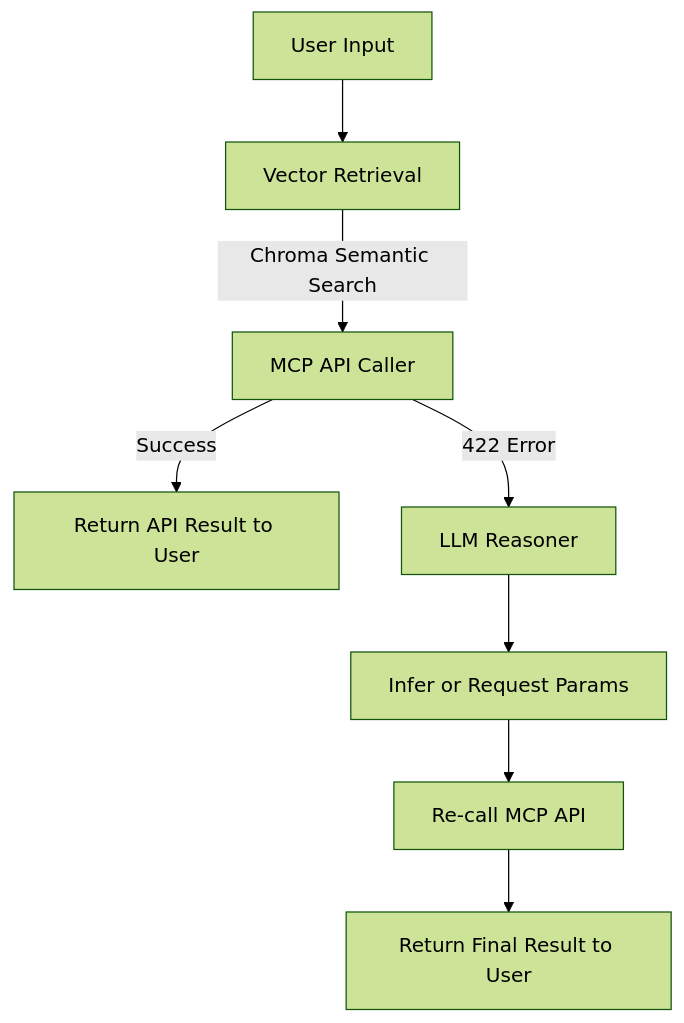
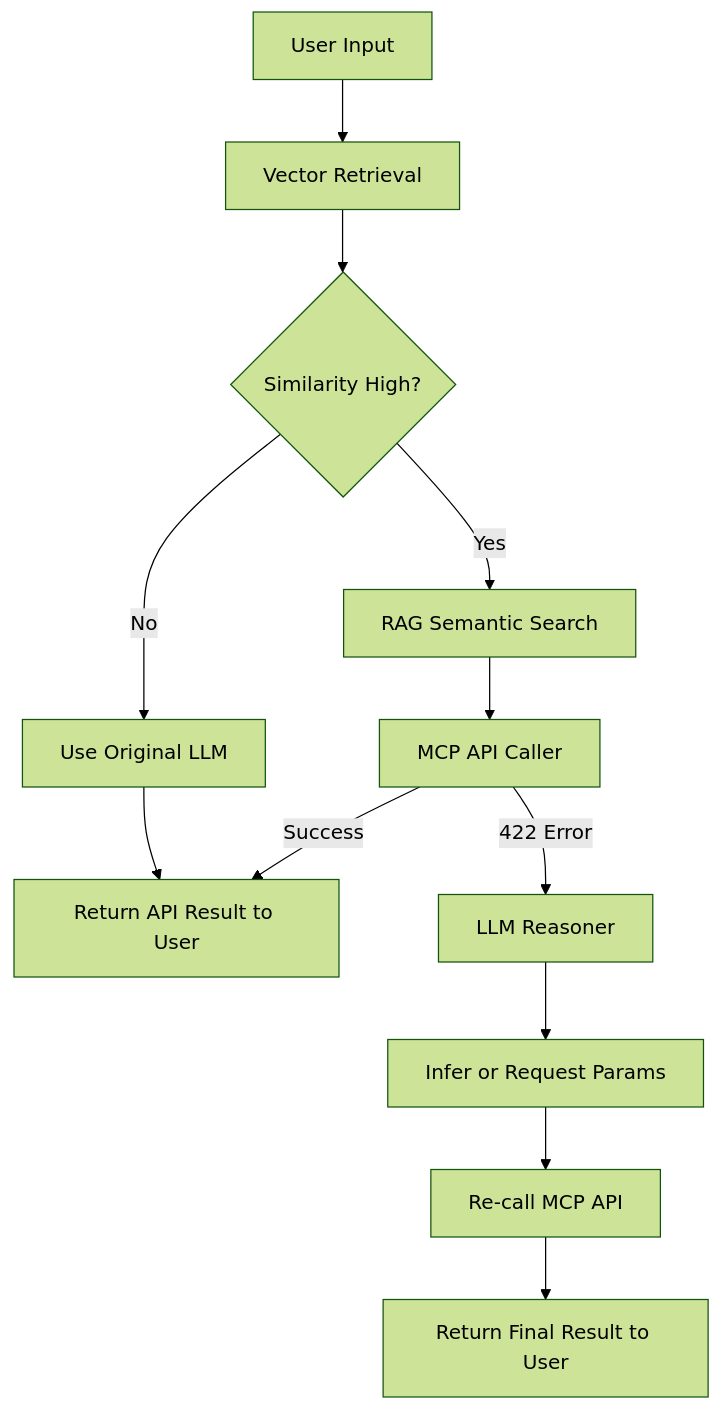
The diagram in README.md (EvenChang/OpenWebUI-Pipeline), drawn with Mermaid (forest theme) before and after one commit.

````diff
--- a/README.md
+++ b/README.md
@@ -25,10 +25,17 @@
 ```mermaid
 flowchart TD
     A[User Input] --> B[Vector Retrieval]
-    B -->|Chroma Semantic Search| C[MCP API Caller]
-    C -->|Success| D[Return API Result to User]
-    C -->|422 Error| E[LLM Reasoner]
+    B --> C{Similarity High?}
+    
+    C -->|No| I[Use Original LLM]
+    I --> D[Return API Result to User]
+    
+    C -->|Yes| B2[RAG Semantic Search]
+    B2 --> C2[MCP API Caller]
+    C2 -->|Success| D[Return API Result to User]
+    C2 -->|422 Error| E[LLM Reasoner]
     E --> F[Infer or Request Params]
     F --> G[Re-call MCP API]
     G --> H[Return Final Result to User]
+
 ```
````
